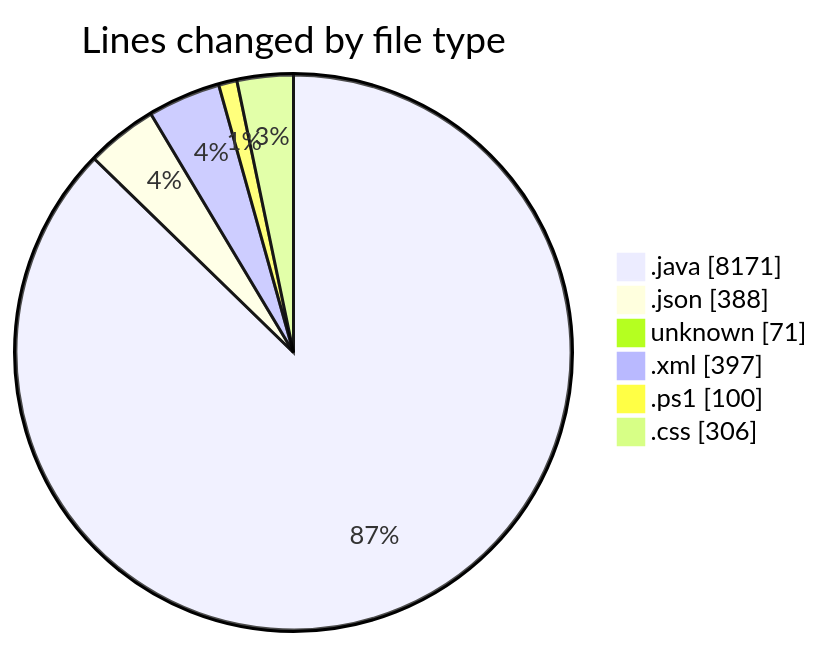
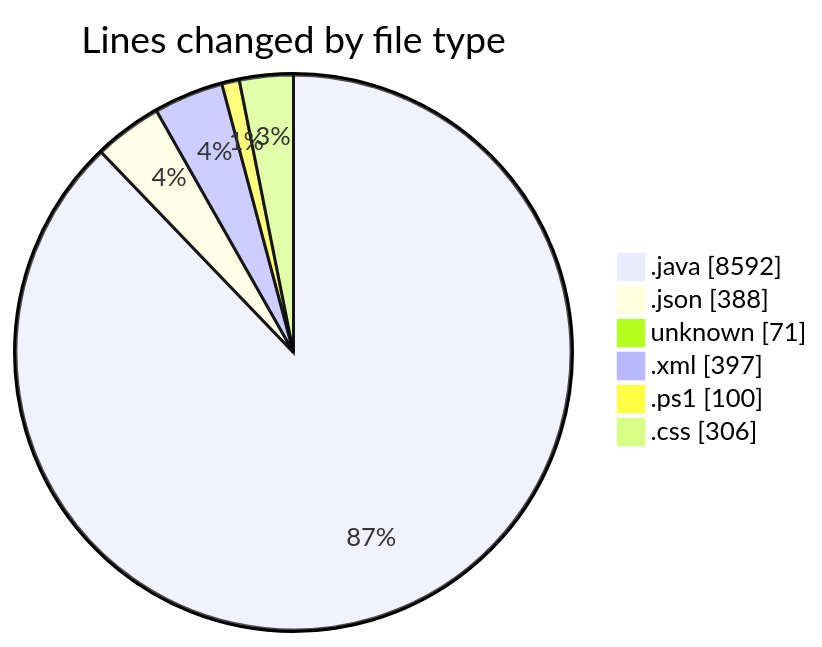
One commit to charlie-sans/code-tracking changed the first of 2 diagrams in 2025-02-25/micros/README.md. Above: the diagram before and after it, drawn with Mermaid. The commit also changed other lines of this file and 1 other file, not shown here.

````diff
--- a/2025-02-25/micros/README.md
+++ b/2025-02-25/micros/README.md
@@ -59,10 +61,10 @@
 ```mermaid
 pie showData
 title Lines changed by file type
-".java" : 8171
+".java" : 8592
 ".json" : 388
 "unknown" : 71
 ".xml" : 397
 ".ps1" : 100
 ".css" : 306
 ```
````
